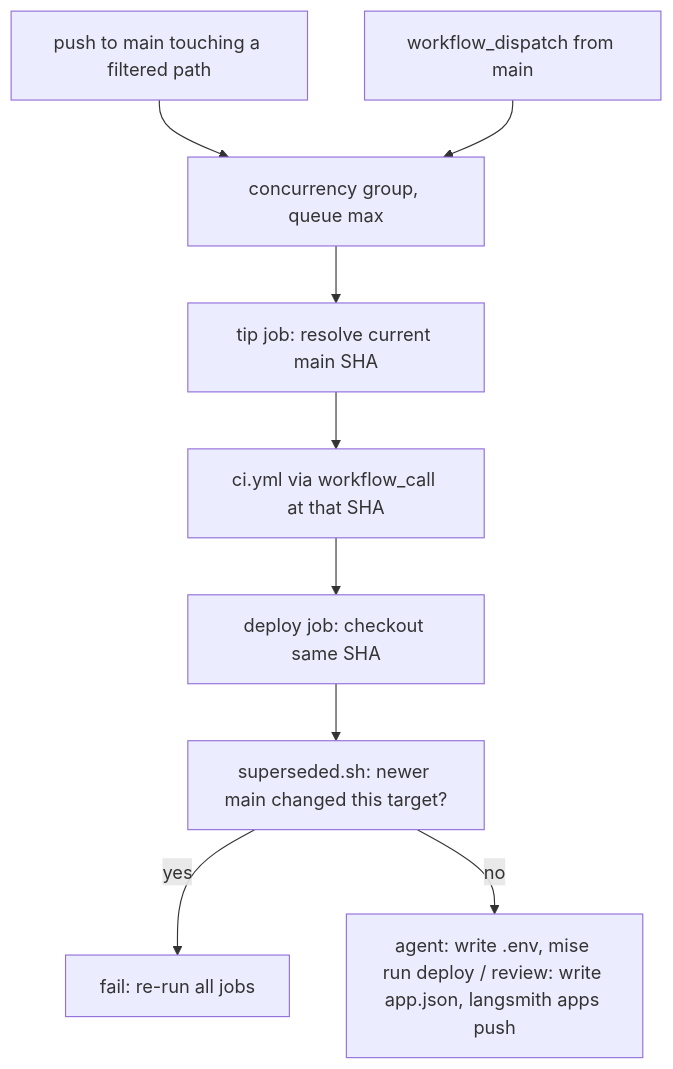
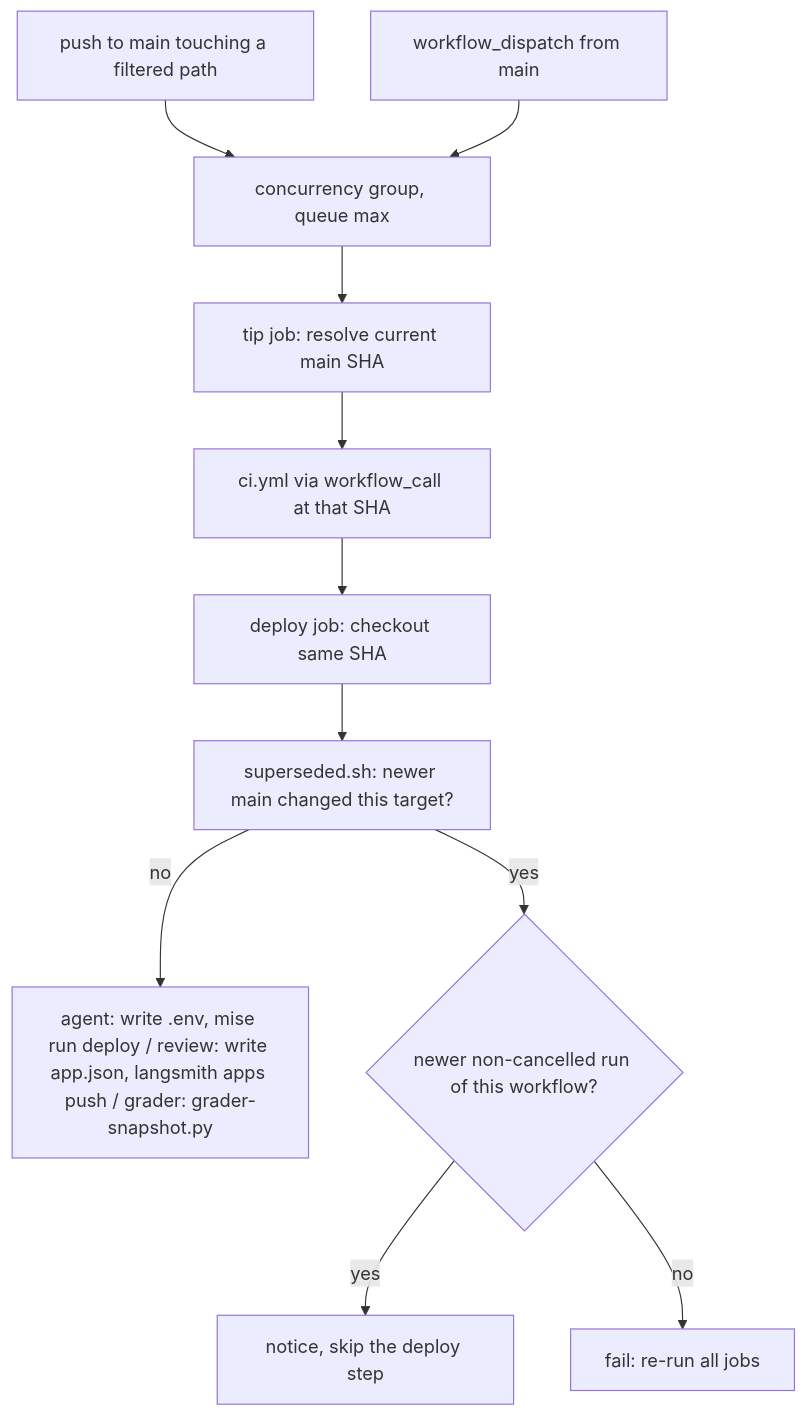
One commit to darieldatoon/langchain-chess changed the diagram in openwiki/operations/deployment.md. Above: the diagram before and after it, drawn with Mermaid. The commit also changed other lines of this file and 48 other files, not shown here.

````diff
--- a/openwiki/operations/deployment.md
+++ b/openwiki/operations/deployment.md
@@ -110,11 +123,13 @@
 ```mermaid
 flowchart TD
   Push["push to main touching a filtered path"] --> Lock["concurrency group, queue max"]
   Dispatch["workflow_dispatch from main"] --> Lock
   Lock --> Tip["tip job: resolve current main SHA"]
   Tip --> CI["ci.yml via workflow_call at that SHA"]
   CI --> Deploy["deploy job: checkout same SHA"]
   Deploy --> Check["superseded.sh: newer main changed this target?"]
-  Check -->|"yes"| Fail["fail: re-run all jobs"]
-  Check -->|"no"| Ship["agent: write .env, mise run deploy / review: write app.json, langsmith apps push"]
+  Check -->|"no"| Ship["agent: write .env, mise run deploy / review: write app.json, langsmith apps push / grader: grader-snapshot.py"]
+  Check -->|"yes"| Newer{"newer non-cancelled run of this workflow?"}
+  Newer -->|"yes"| Skip["notice, skip the deploy step"]
+  Newer -->|"no"| Fail["fail: re-run all jobs"]
 ```
````
